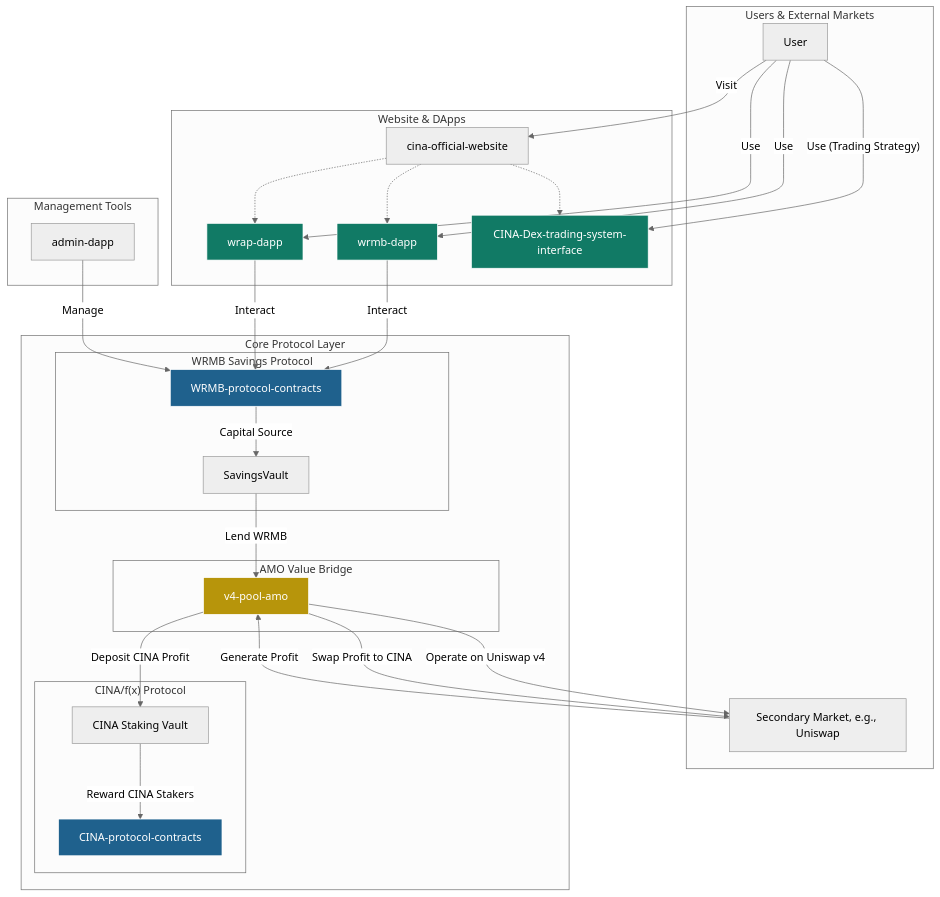
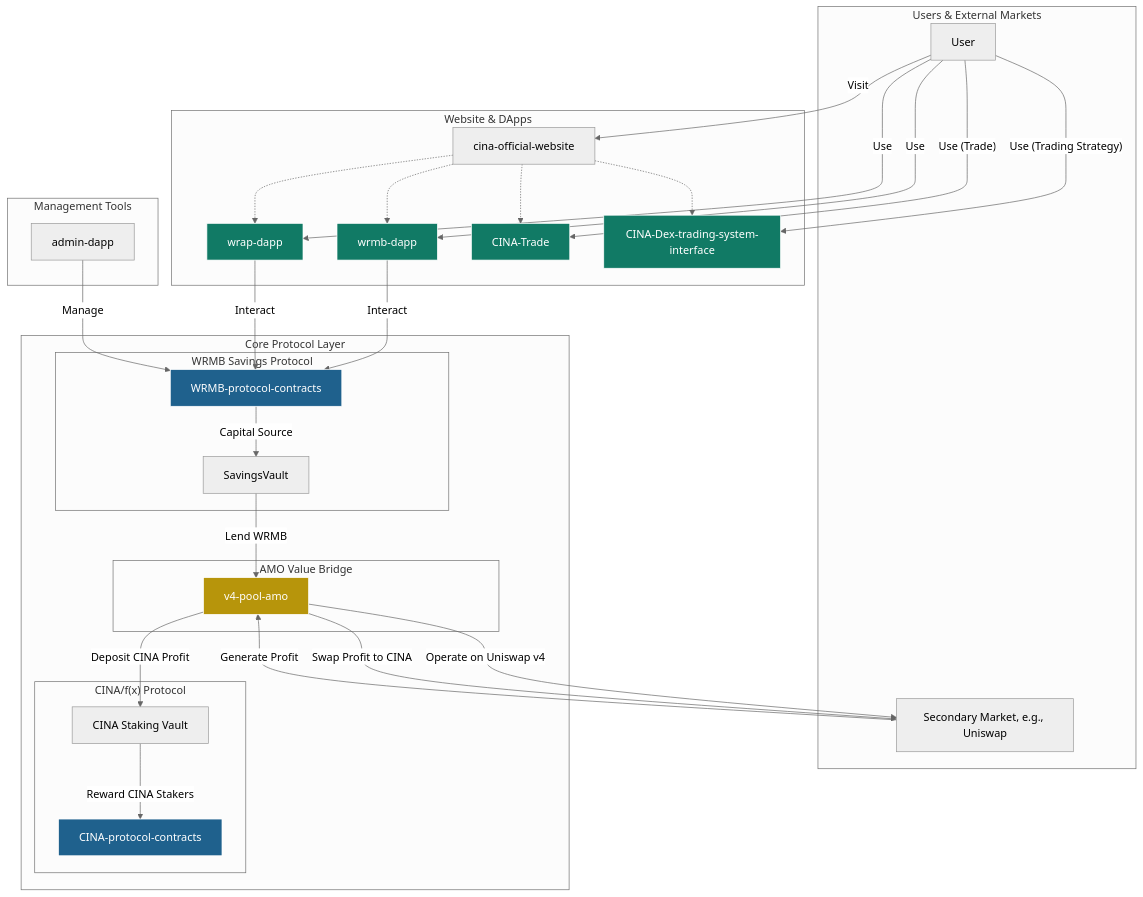
One commit to CINALabs/cina-doc changed the diagram in docs/README.md. Above: the diagram before and after it, drawn with Mermaid (neutral theme). The commit also changed other lines of this file and 11 other files, not shown here.

Commit message:
update CINA Protocol and CINA Trade

````diff
--- a/docs/README.md
+++ b/docs/README.md
@@ -13,59 +13,61 @@
 ```mermaid
 graph TD
     subgraph A ["Users & External Markets"]
         U[User]
         M["Secondary Market, e.g., Uniswap"]
     end
 
     subgraph B ["Website & DApps"]
         W[cina-official-website]
         D1[wrmb-dapp]
         D2[wrap-dapp]
-        D3[CINA-Dex-trading-system-interface]
+        D3[CINA-Trade]
+        D4[CINA-Dex-trading-system-interface]
     end
 
     subgraph C ["Core Protocol Layer"]
         subgraph C1 ["WRMB Savings Protocol"]
             P1[WRMB-protocol-contracts]
             SV[SavingsVault]
         end
         subgraph C2 ["CINA/f(x) Protocol"]
             P2[CINA-protocol-contracts]
             CV["CINA Staking Vault"]
         end
         subgraph C3 ["AMO Value Bridge"]
             AMO[v4-pool-amo]
         end
     end
     
     subgraph E ["Management Tools"]
         ADM[admin-dapp]
     end
 
     %% Relationships
     U -- "Visit" --> W
     U -- "Use" --> D1
     U -- "Use" --> D2
-    U -- "Use (Trading Strategy)" --> D3
+    U -- "Use (Trade)" --> D3
+    U -- "Use (Trading Strategy)" --> D4
     
-    W -.-> D1 & D2 & D3;
+    W -.-> D1 & D2 & D3 & D4;
 
     D1 & D2 -- "Interact" --> P1
     
     P1 -- "Capital Source" --> SV
     SV -- "Lend WRMB" --> AMO
     AMO -- "Operate on Uniswap v4" --> M
     M -- "Generate Profit" --> AMO
     AMO -- "Swap Profit to CINA" --> M
     AMO -- "Deposit CINA Profit" --> CV
     CV -- "Reward CINA Stakers" --> P2
     
     ADM -- "Manage" --> P1
     
     classDef protocol fill:#1F618D,stroke:#fff,color:#fff;
     classDef dapp fill:#117A65,stroke:#fff,color:#fff;
     classDef bridge fill:#B7950B,stroke:#fff,color:#fff;
     class P1,P2 protocol
-    class D1,D2,D3 dapp
+    class D1,D2,D3,D4 dapp
     class AMO bridge
 ```
````
